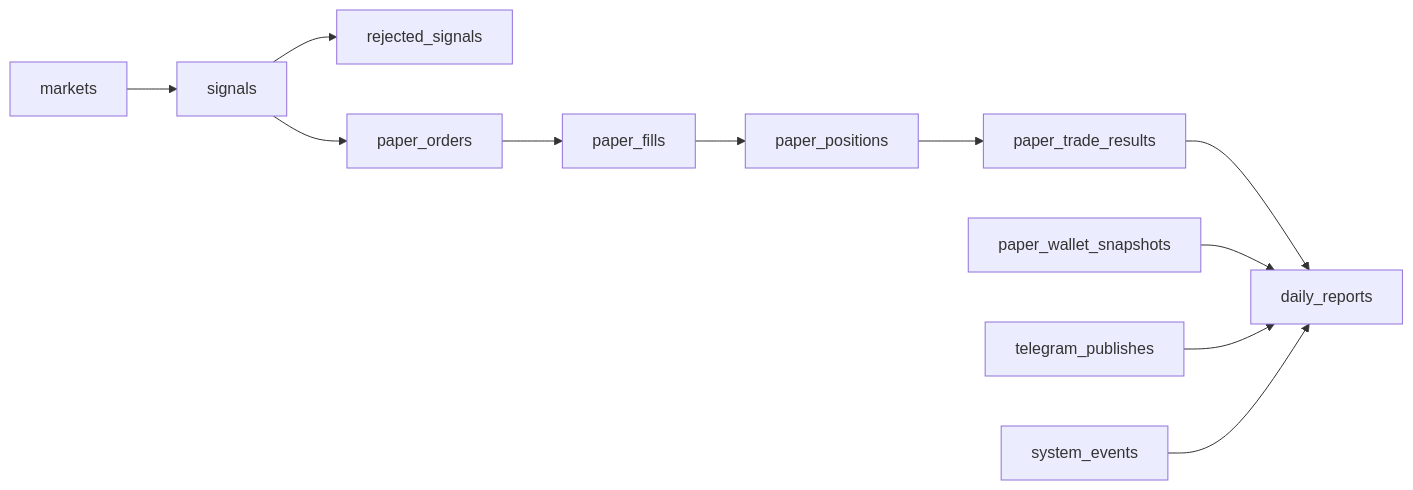
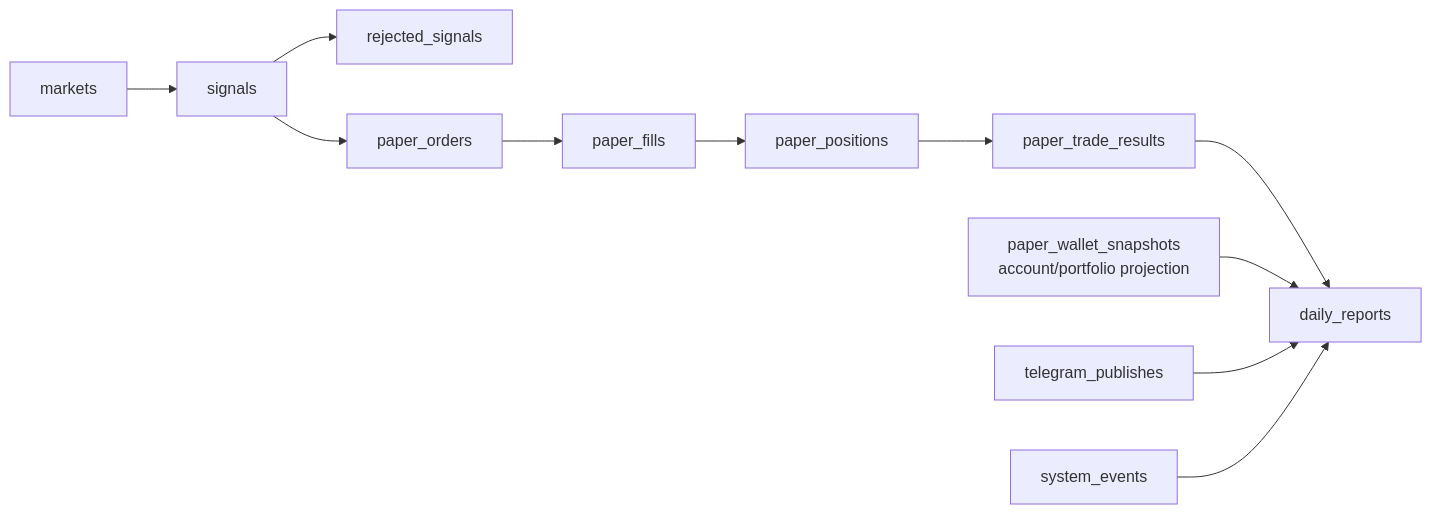
Before and after one commit to 6Kmfi6HP/polysignal-lab: the sixth of 7 diagrams in docs/PROJECT_ARCHITECTURE_VISUAL.md, drawn with Mermaid. The commit also changed other lines of this file and 3 other files, not shown here.

````diff
--- a/docs/PROJECT_ARCHITECTURE_VISUAL.md
+++ b/docs/PROJECT_ARCHITECTURE_VISUAL.md
@@ -177,25 +171,25 @@
 ```mermaid
 flowchart LR
   Markets["markets"]
   Signals["signals"]
   Rejected["rejected_signals"]
   Orders["paper_orders"]
   Fills["paper_fills"]
   Positions["paper_positions"]
   Results["paper_trade_results"]
-  Wallet["paper_wallet_snapshots"]
+  Account["paper_wallet_snapshots<br/>account/portfolio projection"]
   Reports["daily_reports"]
   Telegram["telegram_publishes"]
   Events["system_events"]
 
   Markets --> Signals
   Signals --> Orders
   Signals --> Rejected
   Orders --> Fills
   Fills --> Positions
   Positions --> Results
   Results --> Reports
-  Wallet --> Reports
+  Account --> Reports
   Telegram --> Reports
   Events --> Reports
 ```
````
